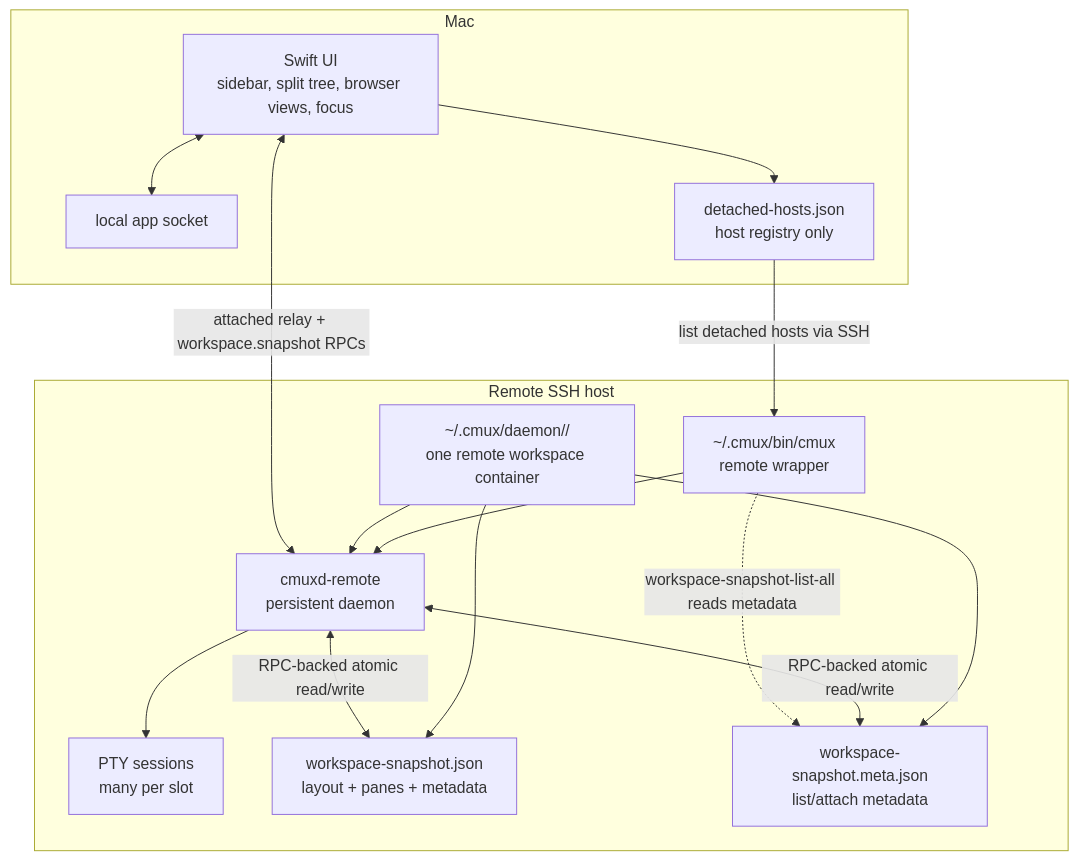
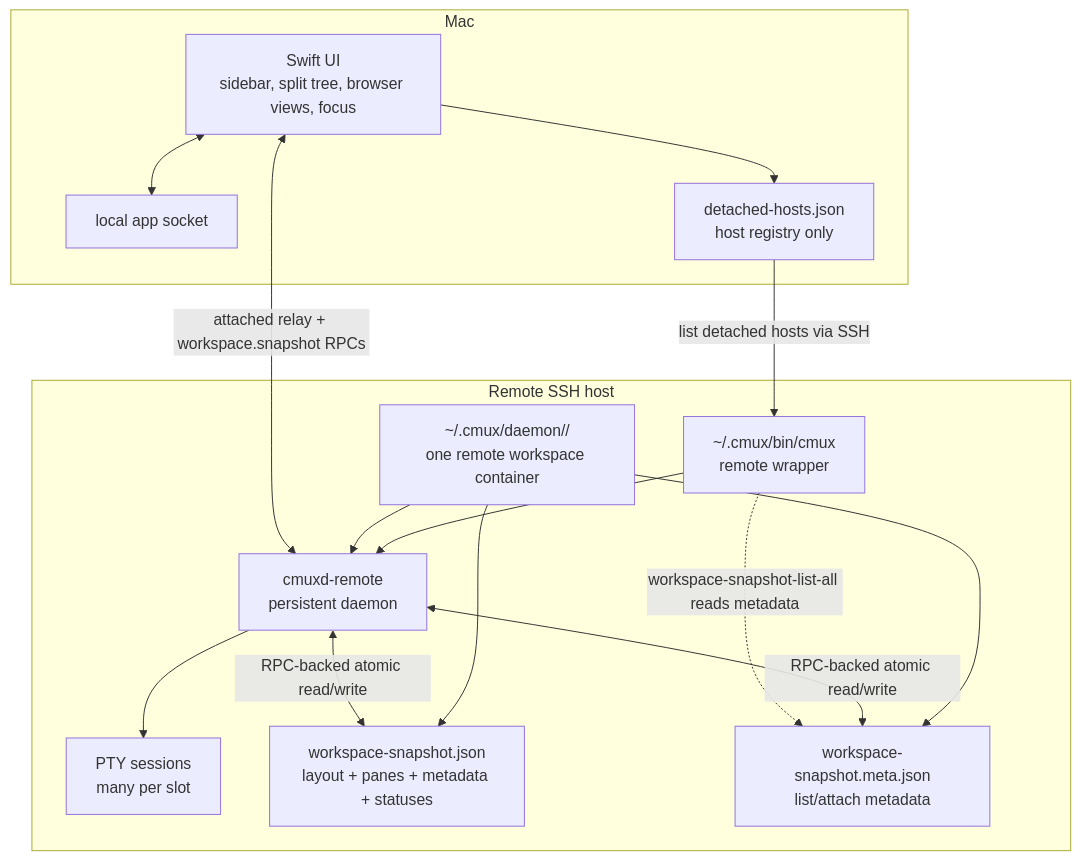
Before and after one commit to edbordin-linktree/cmux: the second of 4 diagrams in docs/remote-workspace-detached-metadata-plan.md, drawn with Mermaid. The commit also changed other lines of this file and 6 other files, not shown here.

````diff
--- a/docs/remote-workspace-detached-metadata-plan.md
+++ b/docs/remote-workspace-detached-metadata-plan.md
@@ -100,31 +101,31 @@
 ```mermaid
 flowchart TB
   subgraph Mac["Mac"]
     UI["Swift UI\nsidebar, split tree, browser views, focus"]
     AppSocket["local app socket"]
     HostRegistry["detached-hosts.json\nhost registry only"]
     UI <--> AppSocket
     UI --> HostRegistry
   end
 
   subgraph Host["Remote SSH host"]
     Wrapper["~/.cmux/bin/cmux\nremote wrapper"]
     Slot["~/.cmux/daemon/<slot>/\none remote workspace container"]
     Daemon["cmuxd-remote\npersistent daemon"]
     PTYs["PTY sessions\nmany per slot"]
-    Body["workspace-snapshot.json\nlayout + panes + metadata"]
+    Body["workspace-snapshot.json\nlayout + panes + metadata + statuses"]
     Sidecar["workspace-snapshot.meta.json\nlist/attach metadata"]
 
     Wrapper --> Daemon
     Slot --> Daemon
     Slot --> Body
     Slot --> Sidecar
     Daemon <-->|RPC-backed atomic read/write| Body
     Daemon <-->|RPC-backed atomic read/write| Sidecar
     Daemon --> PTYs
   end
 
   UI <-->|attached relay + workspace.snapshot RPCs| Daemon
   HostRegistry -->|list detached hosts via SSH| Wrapper
   Wrapper -.->|workspace-snapshot-list-all reads metadata| Sidecar
 ```
````
